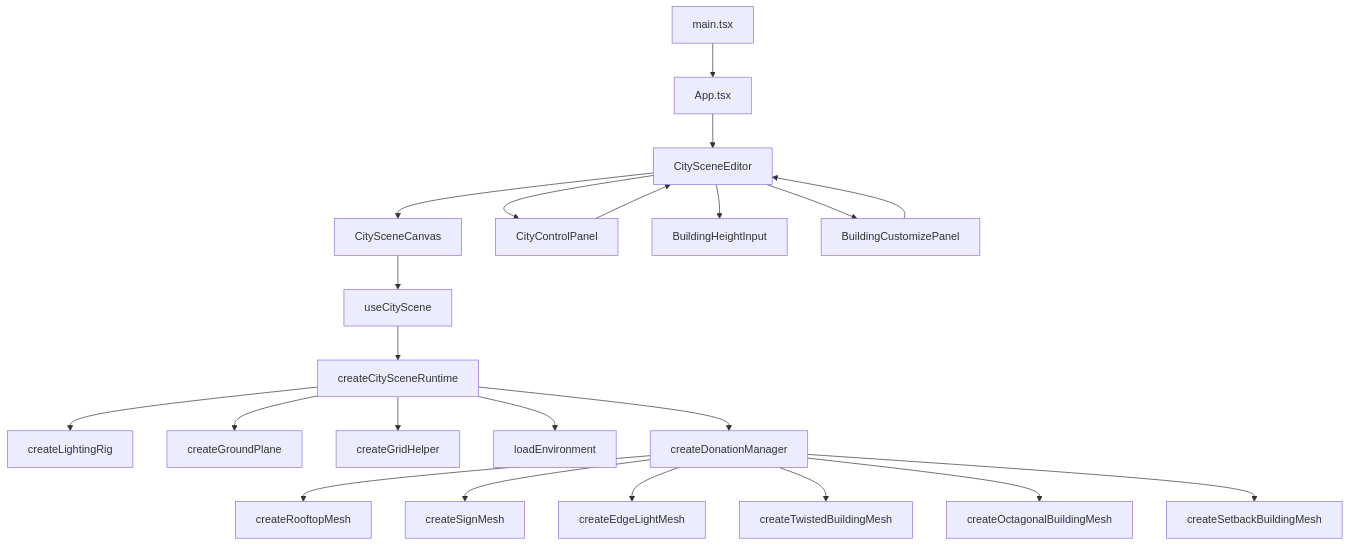
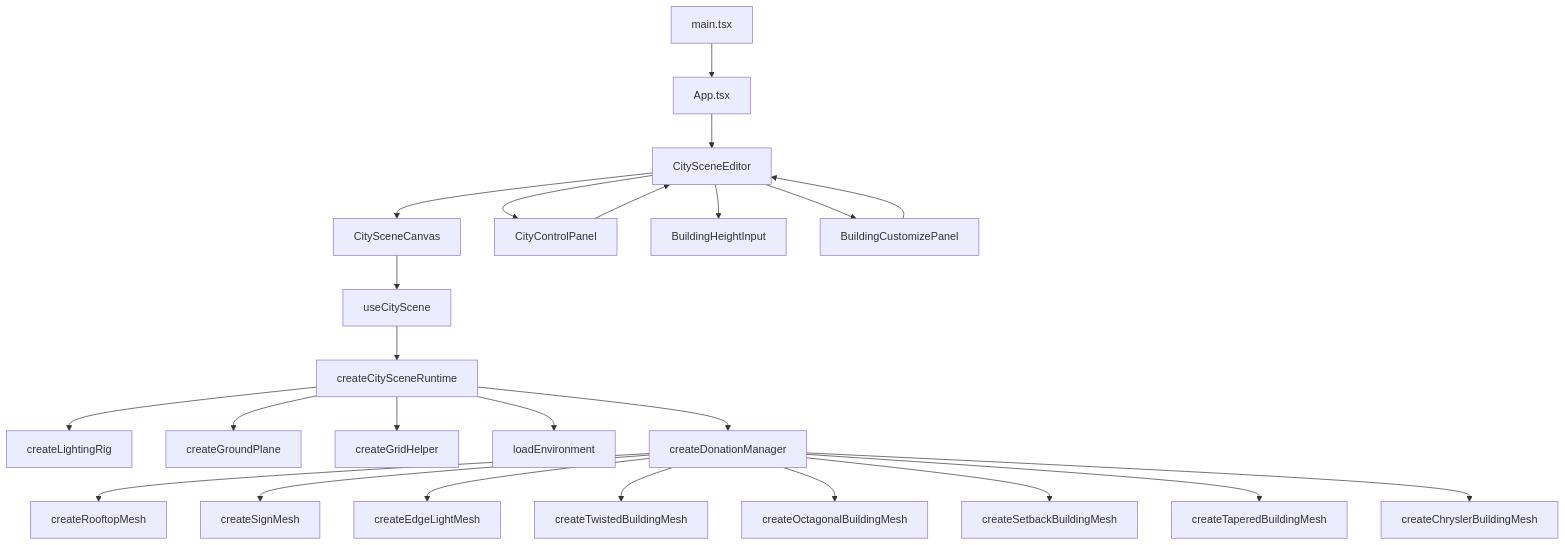
The first of 2 diagrams in doc-pixcity/index.md (RaeII/pixcity), drawn with Mermaid before and after one commit. The commit also changed other lines of this file and 8 other files, not shown here.

Commit message:
feat: add chrysler-inspired building shape

````diff
--- a/doc-pixcity/index.md
+++ b/doc-pixcity/index.md
@@ -160,24 +163,26 @@
 ```mermaid
 flowchart TD
     A[main.tsx] --> B[App.tsx]
     B --> C[CitySceneEditor]
     C --> D[CitySceneCanvas]
     C --> E[CityControlPanel]
     C --> F[BuildingHeightInput]
     C --> P[BuildingCustomizePanel]
     D --> G[useCityScene]
     G --> H[createCitySceneRuntime]
     H --> I[createLightingRig]
     H --> J[createGroundPlane]
     H --> K[createGridHelper]
     H --> L[loadEnvironment]
     H --> M[createDonationManager]
     M --> N[createRooftopMesh]
     M --> O[createSignMesh]
     M --> Q[createEdgeLightMesh]
     M --> T[createTwistedBuildingMesh]
     M --> U[createOctagonalBuildingMesh]
     M --> V[createSetbackBuildingMesh]
+    M --> W[createTaperedBuildingMesh]
+    M --> X[createChryslerBuildingMesh]
     E --> C
     P --> C
 ```
````
